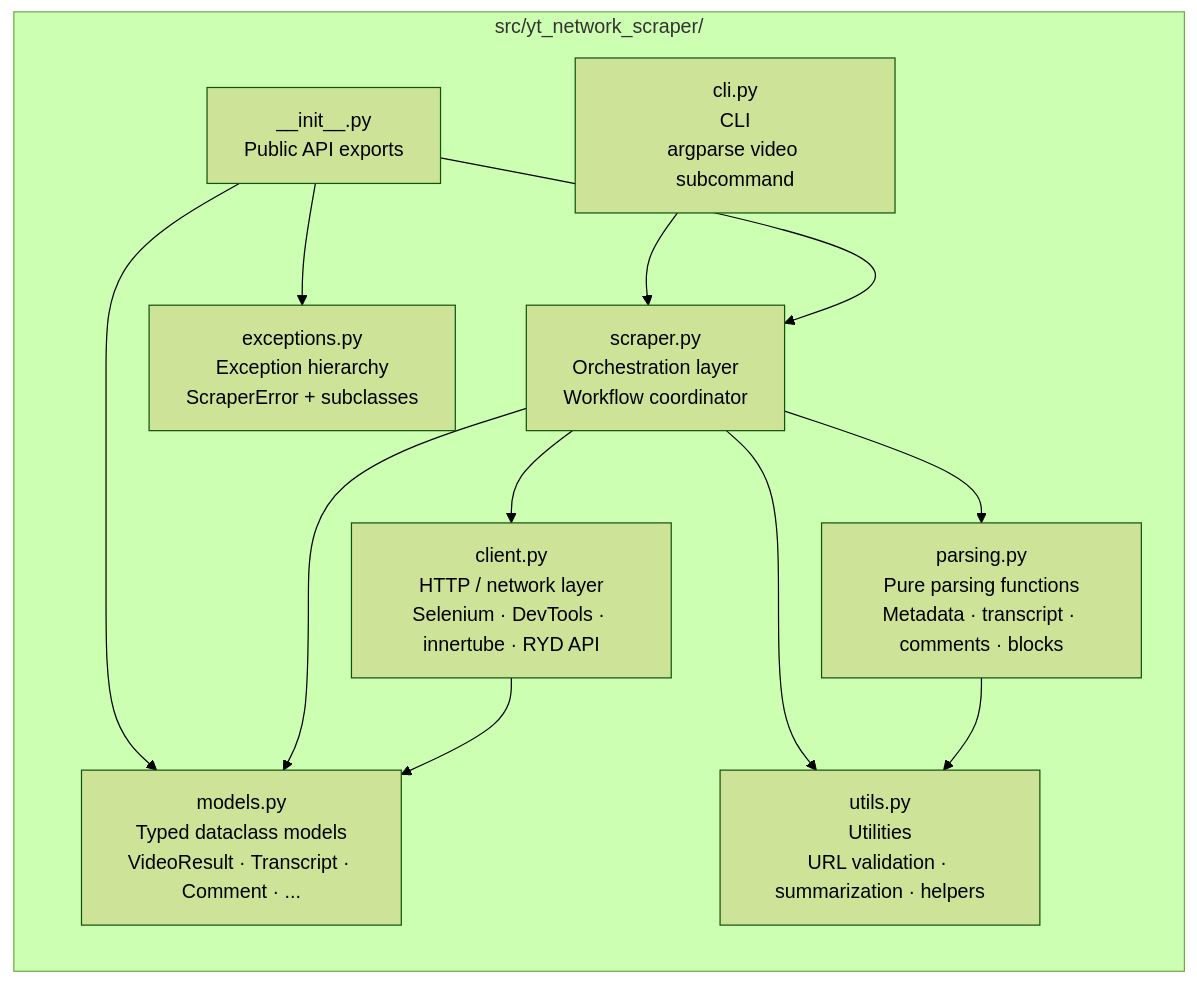
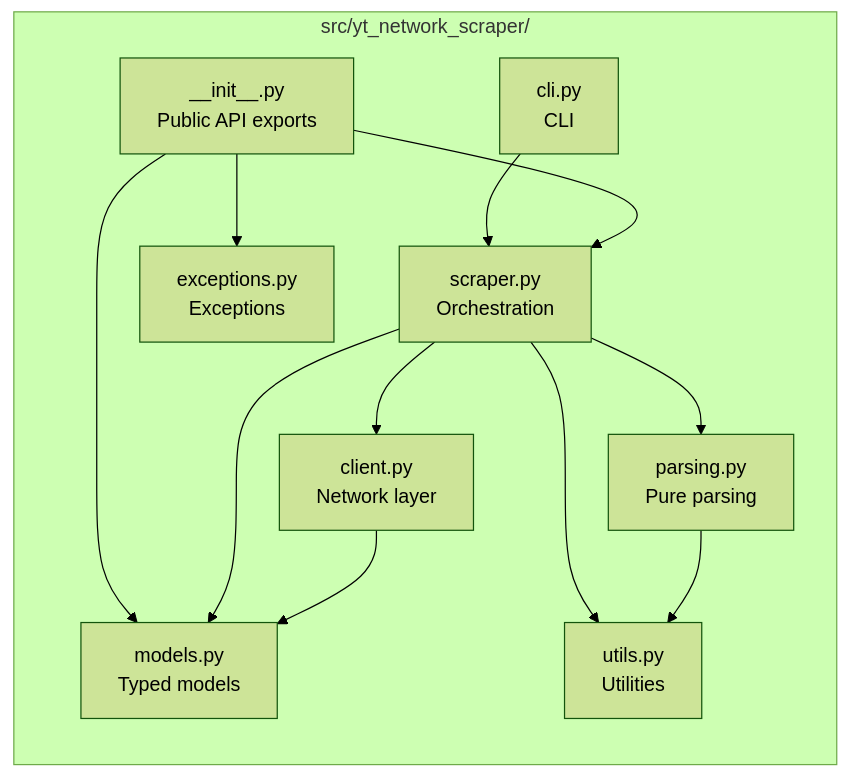
Before and after one commit to DIP-RO/youtube-scrapper: the diagram in docs/images/module-graph.mmd, drawn with Mermaid (forest theme). The commit also changed 6 other files, not shown here.

First line of the commit message:
Fix diagram readability: compact layout and constrained widths

```diff
--- a/docs/images/module-graph.mmd
+++ b/docs/images/module-graph.mmd
@@ -1,22 +1,22 @@
 graph LR
     subgraph "src/yt_network_scraper/"
         __init__["__init__.py<br/>Public API exports"]
-        client["client.py<br/>HTTP / network layer<br/>Selenium · DevTools · innertube · RYD API"]
-        scraper["scraper.py<br/>Orchestration layer<br/>Workflow coordinator"]
-        parsing["parsing.py<br/>Pure parsing functions<br/>Metadata · transcript · comments · blocks"]
-        models["models.py<br/>Typed dataclass models<br/>VideoResult · Transcript · Comment · ..."]
-        exceptions["exceptions.py<br/>Exception hierarchy<br/>ScraperError + subclasses"]
-        utils["utils.py<br/>Utilities<br/>URL validation · summarization · helpers"]
-        cli["cli.py<br/>CLI<br/>argparse video subcommand"]
+        client["client.py<br/>Network layer"]
+        scraper["scraper.py<br/>Orchestration"]
+        parsing["parsing.py<br/>Pure parsing"]
+        models["models.py<br/>Typed models"]
+        exceptions["exceptions.py<br/>Exceptions"]
+        utils["utils.py<br/>Utilities"]
+        cli["cli.py<br/>CLI"]
     end
 
     cli --> scraper
     __init__ --> scraper
     __init__ --> models
     __init__ --> exceptions
     scraper --> client
     scraper --> parsing
     scraper --> utils
     scraper --> models
     parsing --> utils
     client --> models
```
